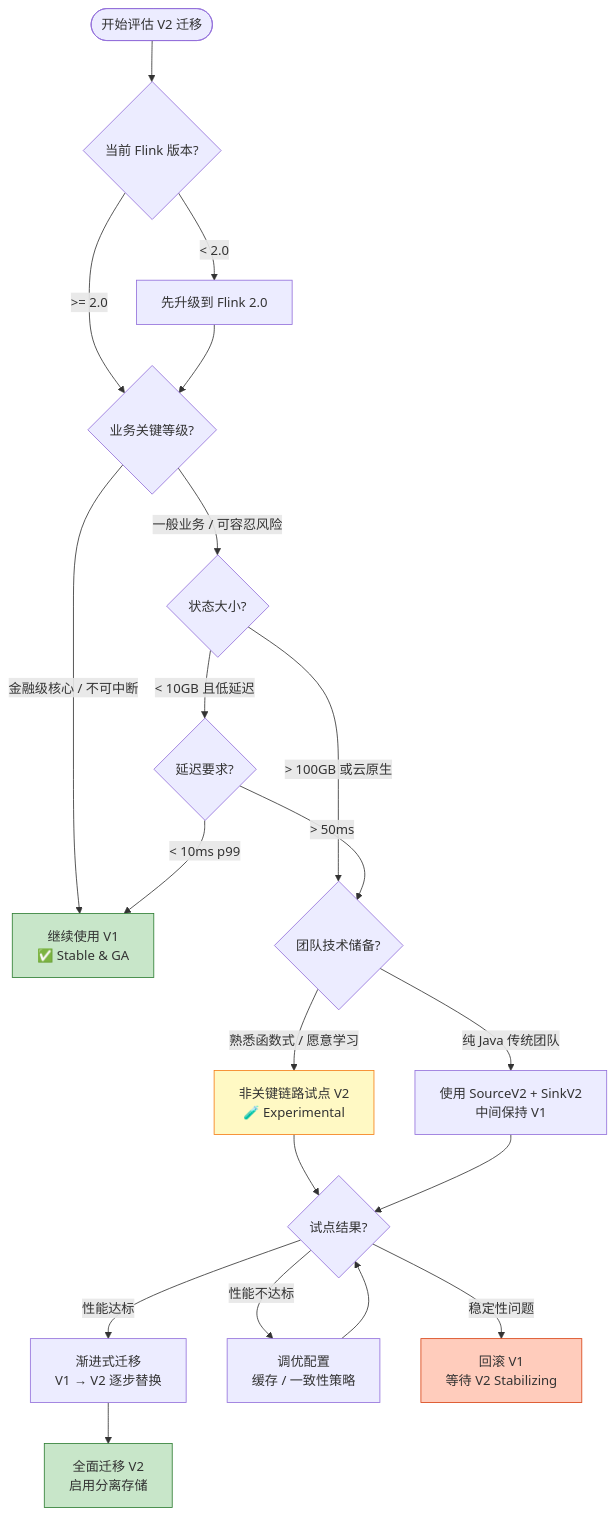
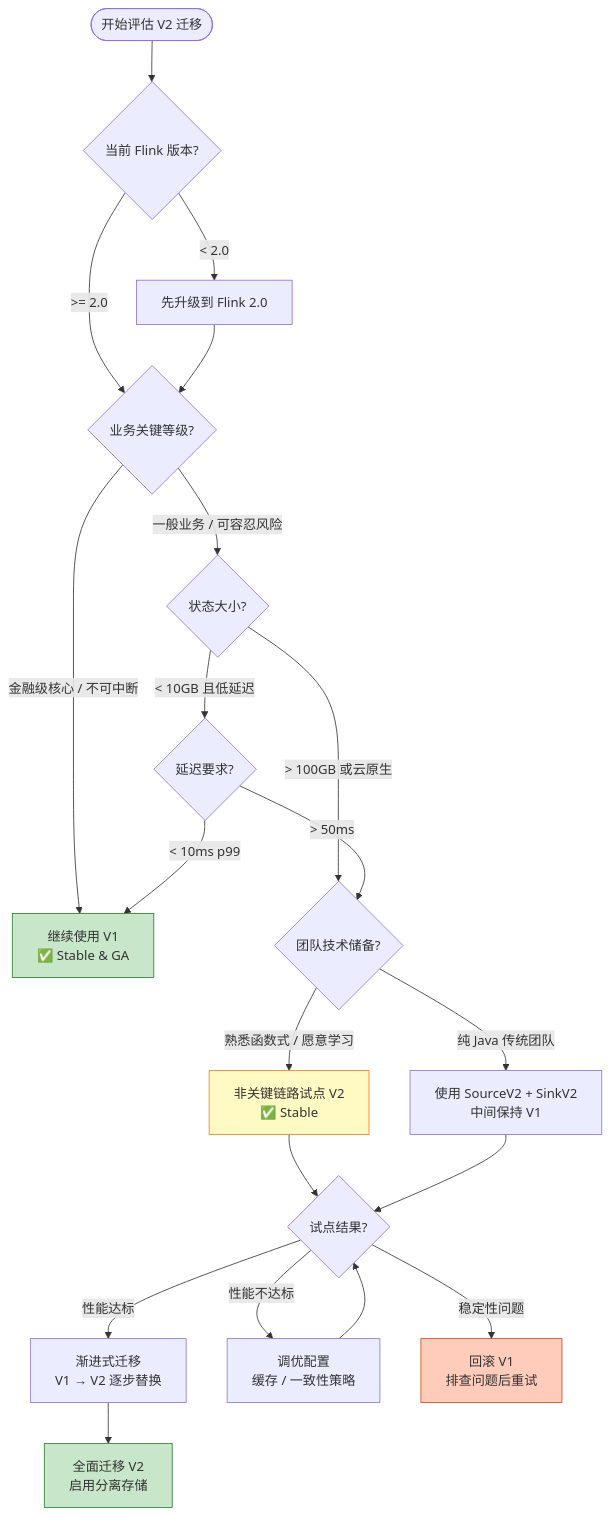
One commit to AdaMartin18010/AnalysisDataFlow changed the third of 5 diagrams in Flink/03-api/09-language-foundations/datastream-v2-api-complete-guide.md. Above: the diagram before and after it, drawn with Mermaid. The commit also changed other lines of this file and 34 other files, not shown here.

````diff
--- a/Flink/03-api/09-language-foundations/datastream-v2-api-complete-guide.md
+++ b/Flink/03-api/09-language-foundations/datastream-v2-api-complete-guide.md
@@ -1597,36 +1597,36 @@
 ```mermaid
 flowchart TD
     START([开始评估 V2 迁移]) --> Q1{当前 Flink 版本?}
 
     Q1 -->|< 2.0| UPGRADE[先升级到 Flink 2.0]
     Q1 -->|>= 2.0| Q2{业务关键等级?}
 
     UPGRADE --> Q2
 
     Q2 -->|金融级核心 / 不可中断| STAY_V1[继续使用 V1<br/>✅ Stable & GA]
     Q2 -->|一般业务 / 可容忍风险| Q3{状态大小?}
 
     Q3 -->|< 10GB 且低延迟| Q4{延迟要求?}
     Q3 -->|> 100GB 或云原生| Q5{团队技术储备?}
 
     Q4 -->|< 10ms p99| STAY_V1
     Q4 -->|> 50ms| Q5
 
-    Q5 -->|熟悉函数式 / 愿意学习| PILOT_V2[非关键链路试点 V2<br/>🧪 Experimental]
+    Q5 -->|熟悉函数式 / 愿意学习| PILOT_V2[非关键链路试点 V2<br/>✅ Stable]
     Q5 -->|纯 Java 传统团队| HYBRID[使用 SourceV2 + SinkV2<br/>中间保持 V1]
 
     PILOT_V2 --> Q6{试点结果?}
     HYBRID --> Q6
 
     Q6 -->|性能达标| GRADUAL[渐进式迁移<br/>V1 → V2 逐步替换]
     Q6 -->|性能不达标| TUNE[调优配置<br/>缓存 / 一致性策略]
-    Q6 -->|稳定性问题| ROLLBACK[回滚 V1<br/>等待 V2 Stabilizing]
+    Q6 -->|稳定性问题| ROLLBACK[回滚 V1<br/>排查问题后重试]
 
     TUNE --> Q6
     GRADUAL --> FULL_V2[全面迁移 V2<br/>启用分离存储]
 
     style STAY_V1 fill:#c8e6c9,stroke:#2e7d32
     style FULL_V2 fill:#c8e6c9,stroke:#2e7d32
     style PILOT_V2 fill:#fff9c4,stroke:#f57f17
     style ROLLBACK fill:#ffccbc,stroke:#d84315
 ```
````
